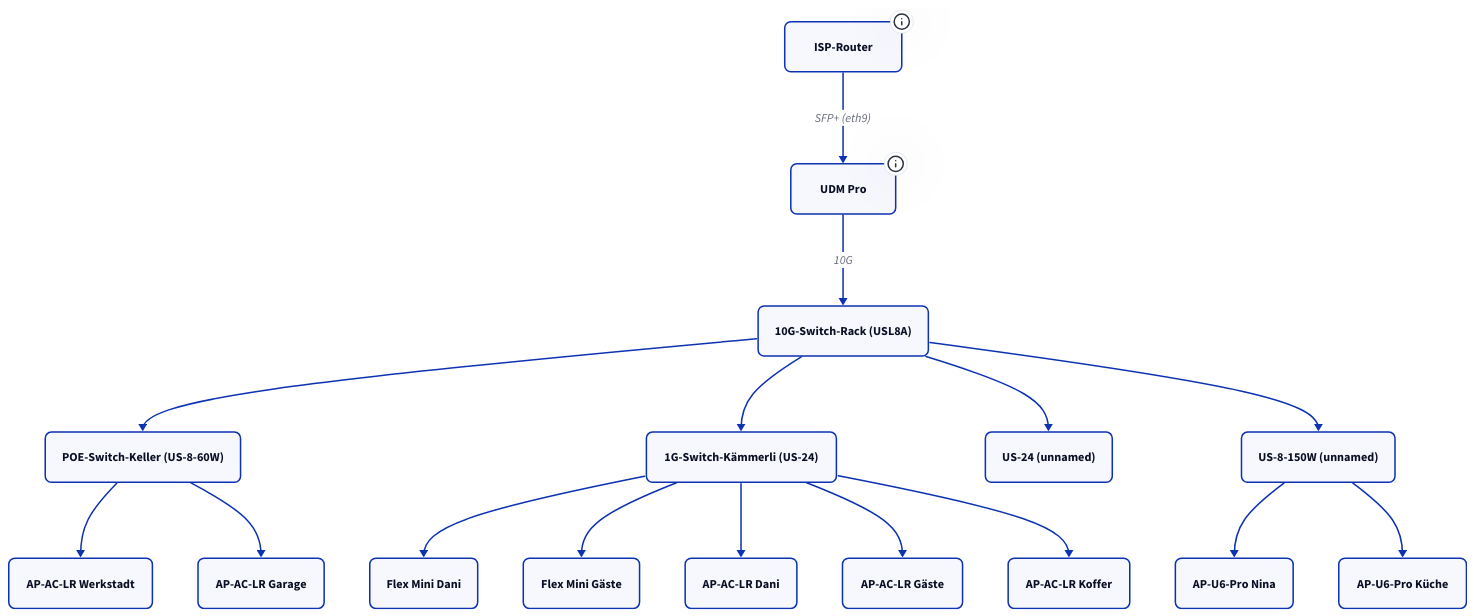
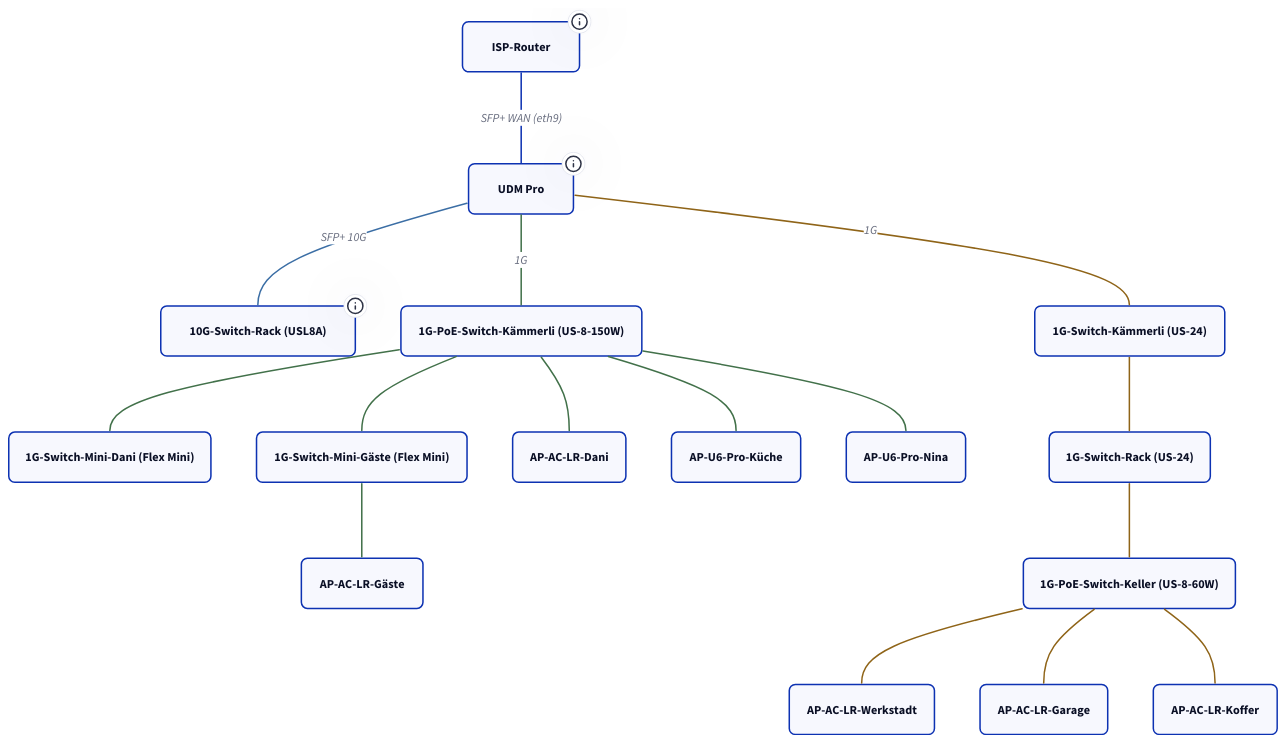
The third of 4 diagrams in docs/netz/netzwerk/index.md (derever-labs/homelab-wiki), drawn with D2 before and after one commit. The commit also changed other lines of this file and 1 other file, not shown here.

First line of the commit message:
docs(netz): Netz-Diagramme von Topologie auf Mechanik (#145)

````diff
--- a/docs/netz/netzwerk/index.md
+++ b/docs/netz/netzwerk/index.md
@@ -184,40 +195,57 @@
 ```d2
 classes: {
   node: {
-    style.border-radius: 8
+    style: { border-radius: 8 }
+  }
+  rackstrang: {
+    style: { stroke: "#3b6ea5" }
+  }
+  wlanstrang: {
+    style: { stroke: "#42714a" }
+  }
+  kellerstrang: {
+    style: { stroke: "#8f6418" }
   }
 }
 
 ISP: ISP-Router { class: node; tooltip: "WAN-Uplink" }
 UDM: UDM Pro { class: node; tooltip: "Gateway + Controller" }
-AGG: "10G-Switch-Rack (USL8A)" { class: node }
-SW_KELLER: "POE-Switch-Keller (US-8-60W)" { class: node }
-SW_KAMMERLI: "1G-Switch-Kämmerli (US-24)" { class: node }
-SW_24_2: "US-24 (unnamed)" { class: node }
-SW_150W: "US-8-150W (unnamed)" { class: node }
-FLEX_DANI: Flex Mini Dani { class: node }
-FLEX_GAESTE: Flex Mini Gäste { class: node }
-AP_WERKSTADT: "AP-AC-LR Werkstadt" { class: node }
-AP_DANI: "AP-AC-LR Dani" { class: node }
-AP_GASTE: "AP-AC-LR Gäste" { class: node }
-AP_KOFFER: "AP-AC-LR Koffer" { class: node }
-AP_GARAGE: "AP-AC-LR Garage" { class: node }
-AP_NINA: "AP-U6-Pro Nina" { class: node }
-AP_KUCHE: "AP-U6-Pro Küche" { class: node }
 
-ISP -> UDM: "SFP+ (eth9)"
-UDM -> AGG: 10G
-AGG -> SW_KELLER
-AGG -> SW_KAMMERLI
-AGG -> SW_24_2
-AGG -> SW_150W
-SW_KAMMERLI -> FLEX_DANI
-SW_KAMMERLI -> FLEX_GAESTE
-SW_KELLER -> AP_WERKSTADT
-SW_KELLER -> AP_GARAGE
-SW_KAMMERLI -> AP_DANI
-SW_KAMMERLI -> AP_GASTE
-SW_KAMMERLI -> AP_KOFFER
-SW_150W -> AP_NINA
-SW_150W -> AP_KUCHE
+AGG: "10G-Switch-Rack (USL8A)" {
+  class: node
+  tooltip: "8x SFP+ 10G, bindet die Rack-Geräte an (Proxmox-Nodes, NAS)"
+}
+
+POEKAM: "1G-PoE-Switch-Kämmerli (US-8-150W)" { class: node }
+FLEX_DANI: "1G-Switch-Mini-Dani (Flex Mini)" { class: node }
+FLEX_GAESTE: "1G-Switch-Mini-Gäste (Flex Mini)" { class: node }
+AP_DANI: "AP-AC-LR-Dani" { class: node }
+AP_KUCHE: "AP-U6-Pro-Küche" { class: node }
+AP_NINA: "AP-U6-Pro-Nina" { class: node }
+AP_GASTE: "AP-AC-LR-Gäste" { class: node }
+
+KAM24: "1G-Switch-Kämmerli (US-24)" { class: node }
+RACK1G: "1G-Switch-Rack (US-24)" { class: node }
+POEKELLER: "1G-PoE-Switch-Keller (US-8-60W)" { class: node }
+AP_WERKSTADT: "AP-AC-LR-Werkstadt" { class: node }
+AP_GARAGE: "AP-AC-LR-Garage" { class: node }
+AP_KOFFER: "AP-AC-LR-Koffer" { class: node }
+
+ISP -- UDM: "SFP+ WAN (eth9)"
+UDM -- AGG: "SFP+ 10G" { class: rackstrang }
+UDM -- POEKAM: 1G { class: wlanstrang }
+UDM -- KAM24: 1G { class: kellerstrang }
+
+POEKAM -- FLEX_DANI { class: wlanstrang }
+POEKAM -- FLEX_GAESTE { class: wlanstrang }
+POEKAM -- AP_DANI { class: wlanstrang }
+POEKAM -- AP_KUCHE { class: wlanstrang }
+POEKAM -- AP_NINA { class: wlanstrang }
+FLEX_GAESTE -- AP_GASTE { class: wlanstrang }
+
+KAM24 -- RACK1G { class: kellerstrang }
+RACK1G -- POEKELLER { class: kellerstrang }
+POEKELLER -- AP_WERKSTADT { class: kellerstrang }
+POEKELLER -- AP_GARAGE { class: kellerstrang }
+POEKELLER -- AP_KOFFER { class: kellerstrang }
 ```
````
